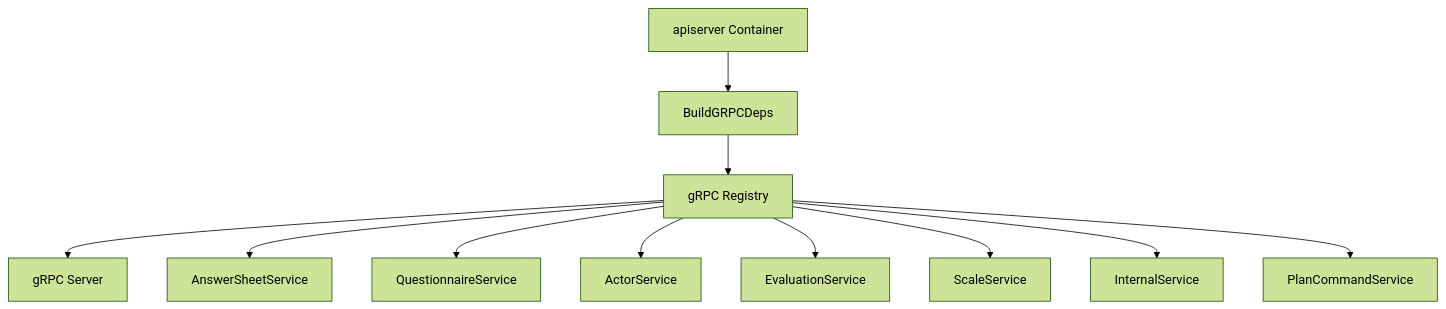
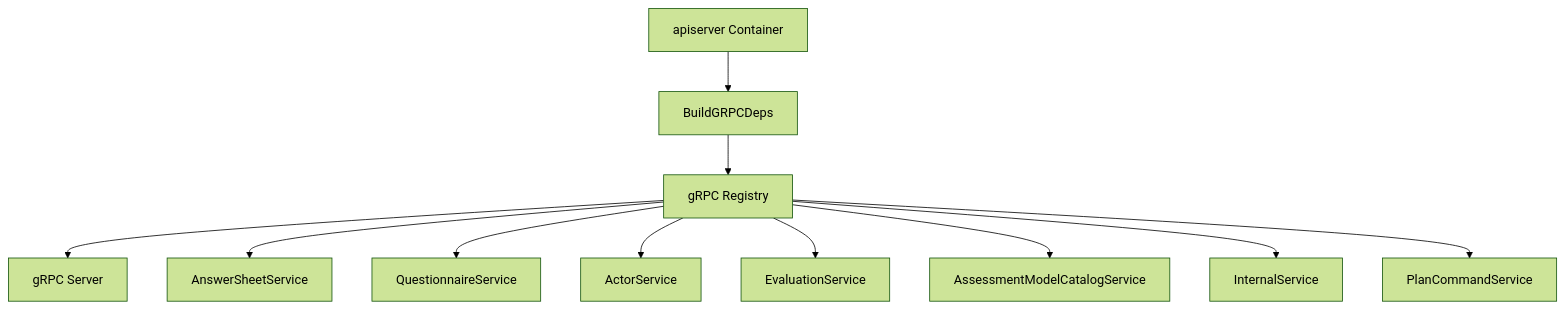
Before and after one commit to FangcunMount/qs-server: the second of 4 diagrams in docs/01-运行时/04-进程间调用与gRPC.md, drawn with Mermaid (forest theme). The commit also changed other lines of this file and 267 other files, not shown here.

First line of the commit message:
feat(modelcatalog): 添加AssessmentModelCatalogService及相关数据结构

````diff
--- a/docs/01-运行时/04-进程间调用与gRPC.md
+++ b/docs/01-运行时/04-进程间调用与gRPC.md
@@ -104,17 +104,17 @@
 ```mermaid
 flowchart TB
     container[apiserver Container]
     deps[BuildGRPCDeps]
     registry[gRPC Registry]
     server[gRPC Server]
 
     container --> deps --> registry --> server
 
     registry --> answer[AnswerSheetService]
     registry --> q[QuestionnaireService]
     registry --> actor[ActorService]
     registry --> eval[EvaluationService]
-    registry --> scale[ScaleService]
+    registry --> catalog[AssessmentModelCatalogService]
     registry --> internal[InternalService]
     registry --> plan[PlanCommandService]
 ```
````
